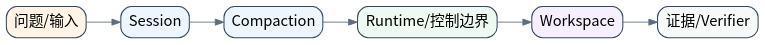
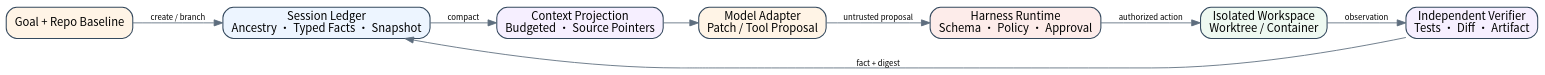
One commit to william-lbn/aiagentsystem changed the diagram in book/assets/diagrams/21-coding-harness-architecture.dot. Above: the diagram before and after it, drawn with Graphviz. The commit also changed 227 other files, not shown here.

```diff
--- a/book/assets/diagrams/21-coding-harness-architecture.dot
+++ b/book/assets/diagrams/21-coding-harness-architecture.dot
@@ -1,16 +1,19 @@
 digraph G {
-graph [rankdir=LR,bgcolor="transparent",pad="0.15",nodesep="0.4",ranksep="0.55"];
-node [shape=box,style="rounded,filled",fontname="Noto Sans CJK SC",fontsize=17,color="#34495e",penwidth=1.2];
-edge [fontname="Noto Sans CJK SC",fontsize=11,color="#5d6d7e"];
-n0 [label="问题/输入",fillcolor="#fff4e6"];
-n1 [label="Session",fillcolor="#edf5ff"];
-n2 [label="Compaction",fillcolor="#edf5ff"];
-n3 [label="Runtime/控制边界",fillcolor="#eef9f1"];
-n4 [label="Workspace",fillcolor="#f6efff"];
-n5 [label="证据/Verifier",fillcolor="#f7f9f9"];
-n0->n1;
-n1->n2;
-n2->n3;
-n3->n4;
-n4->n5;
+graph [rankdir=LR,bgcolor="transparent",pad="0.18",nodesep="0.30",ranksep="0.55"];
+node [shape=box,style="rounded,filled",fontname="Noto Sans CJK SC",fontsize=13,color="#34495e",penwidth=1.2];
+edge [fontname="Noto Sans CJK SC",fontsize=9,color="#5d6d7e"];
+goal [label="Goal + Repo Baseline",fillcolor="#fff4e6"];
+session [label="Session Ledger\nAncestry · Typed Facts · Snapshot",fillcolor="#edf5ff"];
+context [label="Context Projection\nBudgeted · Source Pointers",fillcolor="#f6efff"];
+model [label="Model Adapter\nPatch / Tool Proposal",fillcolor="#fff4e6"];
+runtime [label="Harness Runtime\nSchema · Policy · Approval",fillcolor="#fdecea"];
+workspace [label="Isolated Workspace\nWorktree / Container",fillcolor="#eef9f1"];
+verifier [label="Independent Verifier\nTests · Diff · Artifact",fillcolor="#f6efff"];
+goal->session [label="create / branch"];
+session->context [label="compact"];
+context->model;
+model->runtime [label="untrusted proposal"];
+runtime->workspace [label="authorized action"];
+workspace->verifier [label="observation"];
+verifier->session [label="fact + digest",constraint=false];
 }
```
